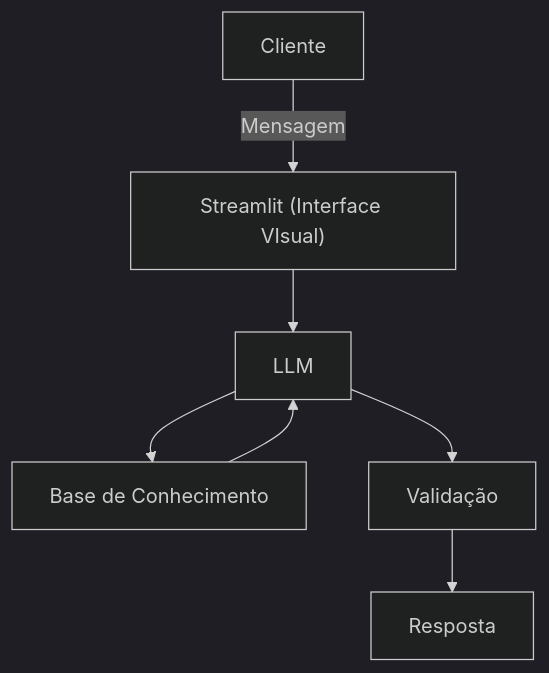
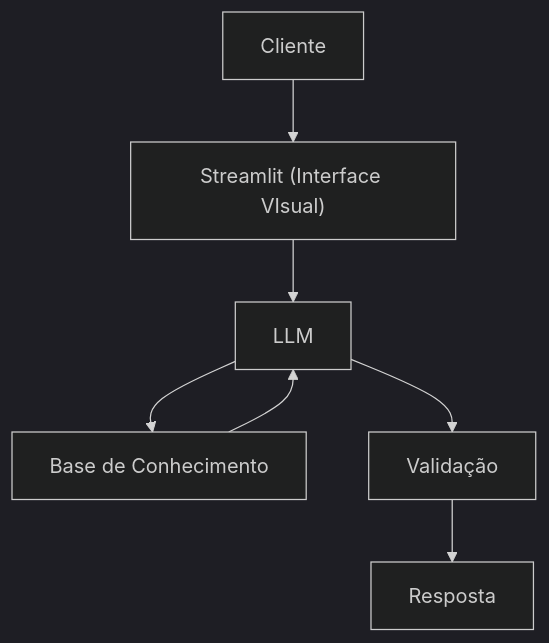
The diagram in docs/01-documentacao-agente.md (ViniciusCardoso7/dio-lab-bia-do-futuro), drawn with Mermaid (dark theme) before and after one commit.

Commit message:
Fix formatting of flowchart in documentation

````diff
--- a/docs/01-documentacao-agente.md
+++ b/docs/01-documentacao-agente.md
@@ -51,9 +51,9 @@
 ```mermaid
 flowchart TD
-    A[Cliente] -->|Mensagem| B["Streamlit (Interface VIsual)"]
+    A[Cliente] --> B["Streamlit (Interface VIsual)"]
     B --> C[LLM]
     C --> D[Base de Conhecimento]
     D --> C
     C --> E[Validação]
     E --> F[Resposta]
 ```
````
